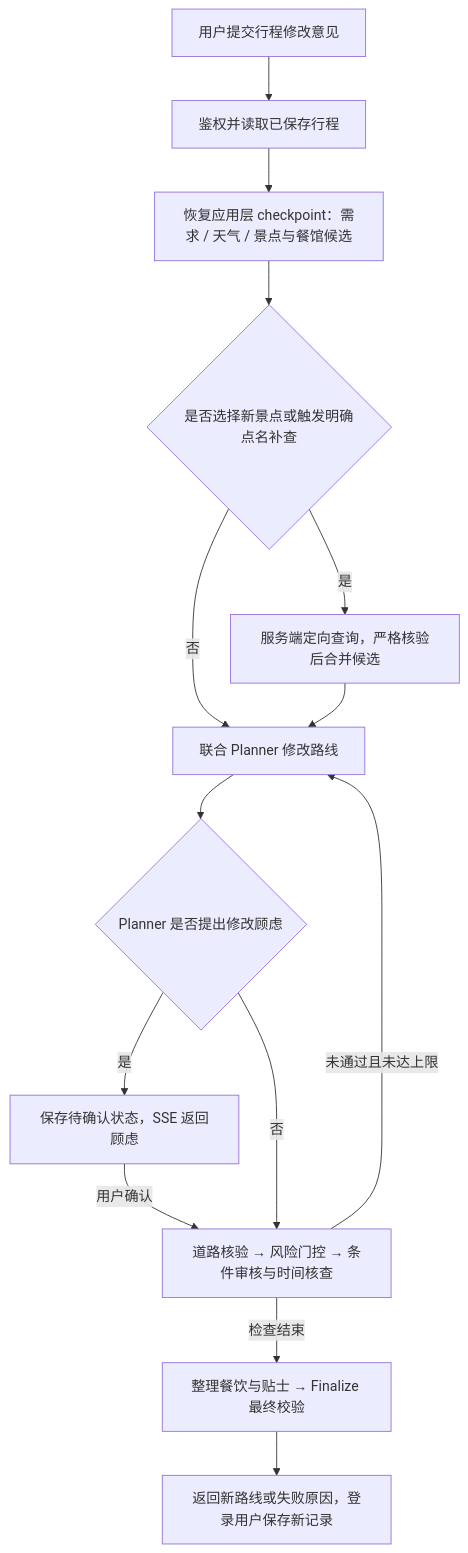
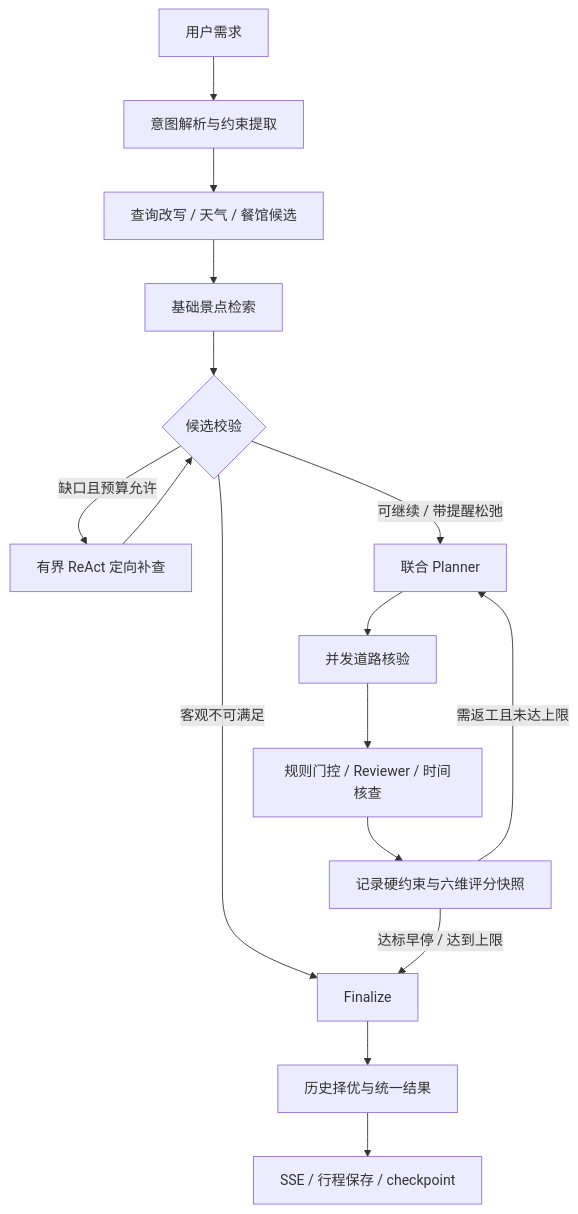
One commit to yf-922/TravelMind-Agent changed the diagram in README.md. Above: the diagram before and after it, drawn with Mermaid. The commit also changed other lines of this file and 17 other files, not shown here.

````diff
--- a/README.md
+++ b/README.md
@@ -179,16 +47,18 @@
 ```mermaid
 flowchart TD
-    U[用户提交行程修改意见] --> A[鉴权并读取已保存行程]
-    A --> S[恢复应用层 checkpoint：需求 / 天气 / 景点与餐馆候选]
-    S --> N{是否选择新景点或触发明确点名补查}
-    N -->|是| V[服务端定向查询，严格核验后合并候选]
-    N -->|否| P[联合 Planner 修改路线]
-    V --> P
-    P --> C{Planner 是否提出修改顾虑}
-    C -->|是| H[保存待确认状态，SSE 返回顾虑]
-    H -->|用户确认| R[道路核验 → 风险门控 → 条件审核与时间核查]
-    C -->|否| R
-    R -->|未通过且未达上限| P
-    R -->|检查结束| F[整理餐饮与贴士 → Finalize 最终校验]
-    F --> O[返回新路线或失败原因，登录用户保存新记录]
+    U[用户需求] --> I[意图解析与约束提取]
+    I --> Q[查询改写 / 天气 / 餐馆候选]
+    Q --> A[基础景点检索]
+    A --> V{候选校验}
+    V -->|缺口且预算允许| R[有界 ReAct 定向补查]
+    R --> V
+    V -->|客观不可满足| F[Finalize]
+    V -->|可继续 / 带提醒松弛| P[联合 Planner]
+    P --> D[并发道路核验]
+    D --> G[规则门控 / Reviewer / 时间核查]
+    G --> H[记录硬约束与六维评分快照]
+    H -->|需返工且未达上限| P
+    H -->|达标早停 / 达到上限| F
+    F --> O[历史择优与统一结果]
+    O --> S[SSE / 行程保存 / checkpoint]
 ```
````
